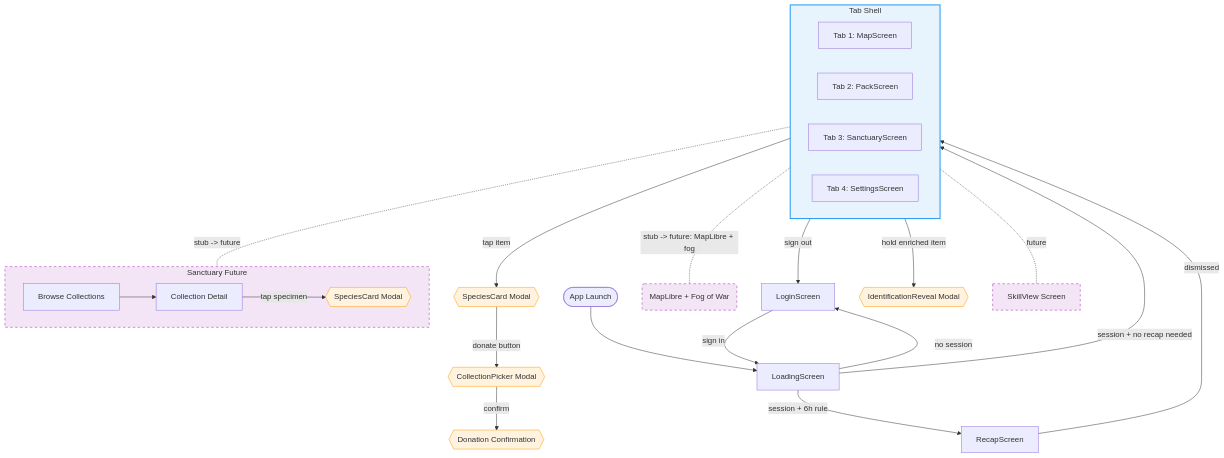
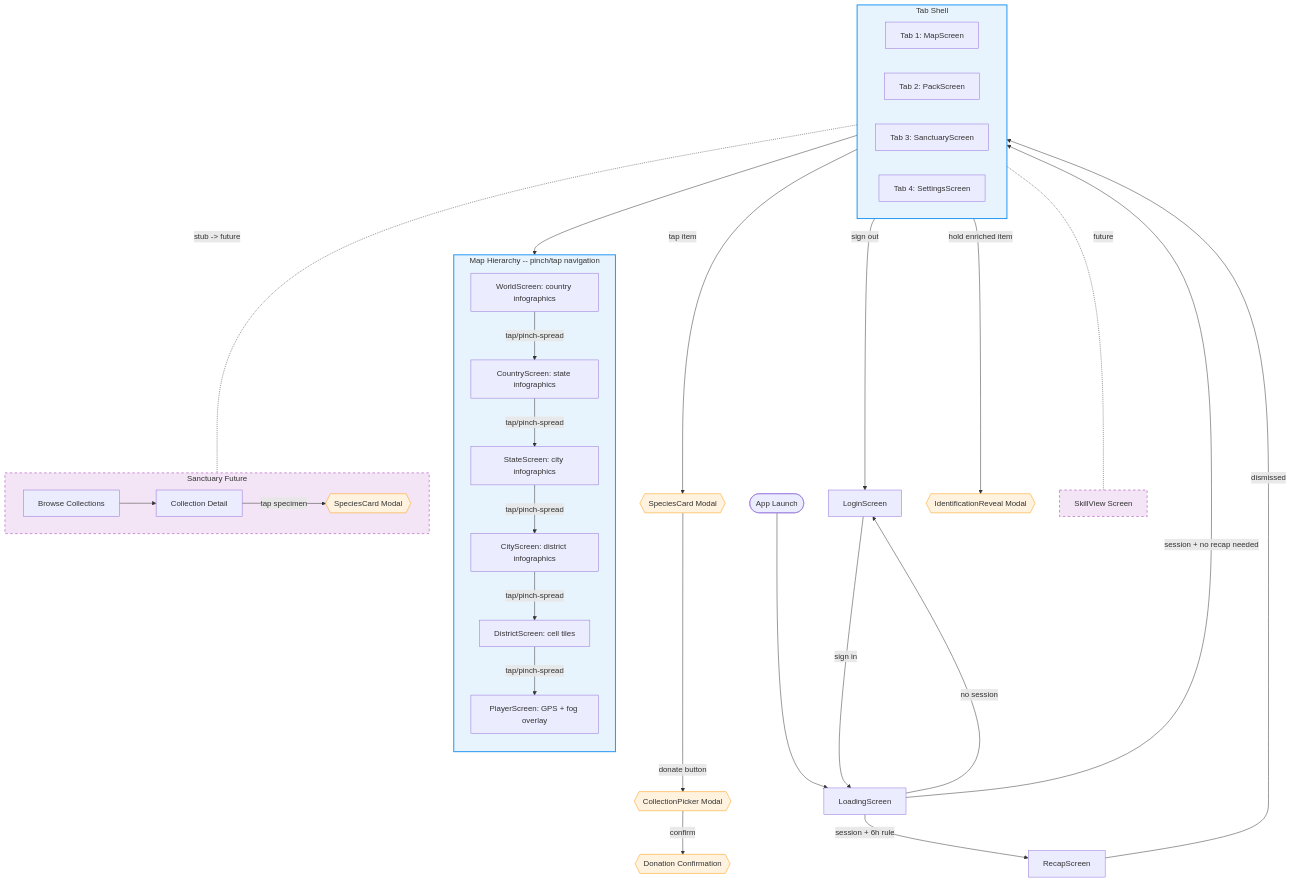
The diagram in docs/diagrams/solution/8-1-screen-navigation.mmd (JMLegere/geo-app), drawn with Mermaid before and after one commit. The commit also changed 13 other files, not shown here.

First line of the commit message:
docs: add A-branch solution diagrams + mark canvases approved (#436)

```diff
--- a/docs/diagrams/solution/8-1-screen-navigation.mmd
+++ b/docs/diagrams/solution/8-1-screen-navigation.mmd
@@ -1,44 +1,58 @@
 %% Status: NEEDS HUMAN REVIEW
 flowchart TD
     AppLaunch([App Launch]) --> LoadingScreen
 
     LoadingScreen -->|no session| LoginScreen
     LoadingScreen -->|"session + 6h rule"| RecapScreen
     LoadingScreen -->|"session + no recap needed"| TabShell
 
     LoginScreen -->|sign in| LoadingScreen
     RecapScreen -->|dismissed| TabShell
 
     subgraph TabShell [Tab Shell]
         direction LR
         Tab1[Tab 1: MapScreen]
         Tab2[Tab 2: PackScreen]
         Tab3[Tab 3: SanctuaryScreen]
         Tab4[Tab 4: SettingsScreen]
     end
 
-    Tab1 -.-|"stub -> future: MapLibre + fog"| MapFuture(MapLibre + Fog of War)
+    Tab1 --> WorldScreen
+    subgraph MapHierarchy [Map Hierarchy -- pinch/tap navigation]
+        direction TB
+        WorldScreen[WorldScreen: country infographics]
+        CountryScreen[CountryScreen: state infographics]
+        StateScreen[StateScreen: city infographics]
+        CityScreen[CityScreen: district infographics]
+        DistrictScreen[DistrictScreen: cell tiles]
+        PlayerScreen[PlayerScreen: GPS + fog overlay]
+        WorldScreen -->|"tap/pinch-spread"| CountryScreen
+        CountryScreen -->|"tap/pinch-spread"| StateScreen
+        StateScreen -->|"tap/pinch-spread"| CityScreen
+        CityScreen -->|"tap/pinch-spread"| DistrictScreen
+        DistrictScreen -->|"tap/pinch-spread"| PlayerScreen
+    end
 
     Tab2 -->|tap item| SpeciesCard{{SpeciesCard Modal}}
     Tab2 -->|hold enriched item| IdentificationReveal{{IdentificationReveal Modal}}
     SpeciesCard -->|donate button| CollectionPicker{{CollectionPicker Modal}}
     CollectionPicker -->|confirm| DonationConfirmation{{Donation Confirmation}}
 
     Tab3 -.-|"stub -> future"| SanctuaryFuture
     subgraph SanctuaryFuture [Sanctuary Future]
         BrowseCollections[Browse Collections] --> CollectionDetail[Collection Detail]
         CollectionDetail -->|tap specimen| SpeciesCardSanctuary{{SpeciesCard Modal}}
     end
 
     Tab4 -->|sign out| LoginScreen
     Tab4 -.-|future| SkillView[SkillView Screen]
 
     style TabShell fill:#e8f4fd,stroke:#2196F3,stroke-width:2px
     style SpeciesCard fill:#fff3e0,stroke:#FF9800
     style IdentificationReveal fill:#fff3e0,stroke:#FF9800
     style CollectionPicker fill:#fff3e0,stroke:#FF9800
     style DonationConfirmation fill:#fff3e0,stroke:#FF9800
     style SpeciesCardSanctuary fill:#fff3e0,stroke:#FF9800
-    style MapFuture fill:#f3e5f5,stroke:#9C27B0,stroke-dasharray:5 5
+    style MapHierarchy fill:#e8f4fd,stroke:#2196F3,stroke-width:2px
     style SanctuaryFuture fill:#f3e5f5,stroke:#9C27B0,stroke-dasharray:5 5
     style SkillView fill:#f3e5f5,stroke:#9C27B0,stroke-dasharray:5 5
```
